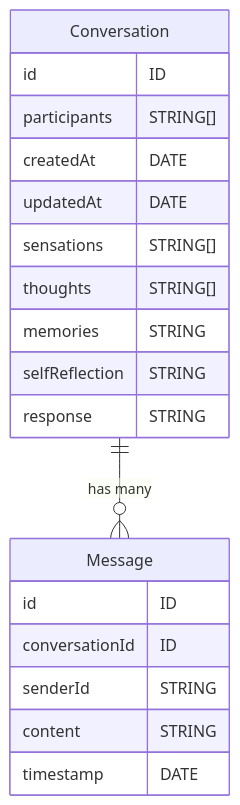
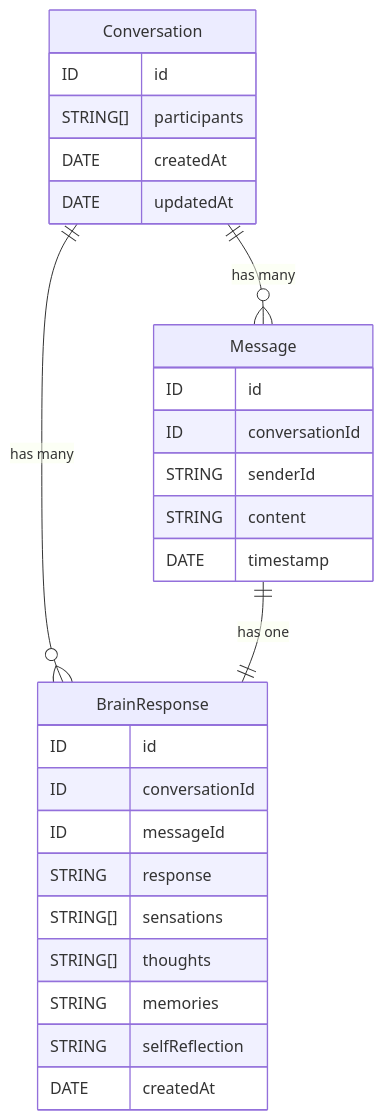
Before and after one commit to Elevator-Robot/brainincup: the second of 2 diagrams in README.md, drawn with Mermaid. The commit also changed other lines of this file and 2 other files, not shown here.

Commit message:
updating db arch diagram in readme

````diff
--- a/README.md
+++ b/README.md
@@ -65,22 +65,30 @@
 ```mermaid
 erDiagram
     Conversation {
-        id ID
-        participants STRING[]
-        createdAt DATE
-        updatedAt DATE
-        sensations STRING[]
-        thoughts STRING[]
-        memories STRING
-        selfReflection STRING
-        response STRING
+        ID id
+        STRING[] participants
+        DATE createdAt
+        DATE updatedAt
     }
     Message {
-        id ID
-        conversationId ID
-        senderId STRING
-        content STRING
-        timestamp DATE
+        ID id
+        ID conversationId
+        STRING senderId
+        STRING content
+        DATE timestamp
+    }
+    BrainResponse {
+        ID id
+        ID conversationId
+        ID messageId
+        STRING response
+        STRING[] sensations
+        STRING[] thoughts
+        STRING memories
+        STRING selfReflection
+        DATE createdAt
     }
     Conversation ||--o{ Message : "has many"
+    Conversation ||--o{ BrainResponse : "has many"
+    Message ||--|| BrainResponse : "has one"
 ```
````
